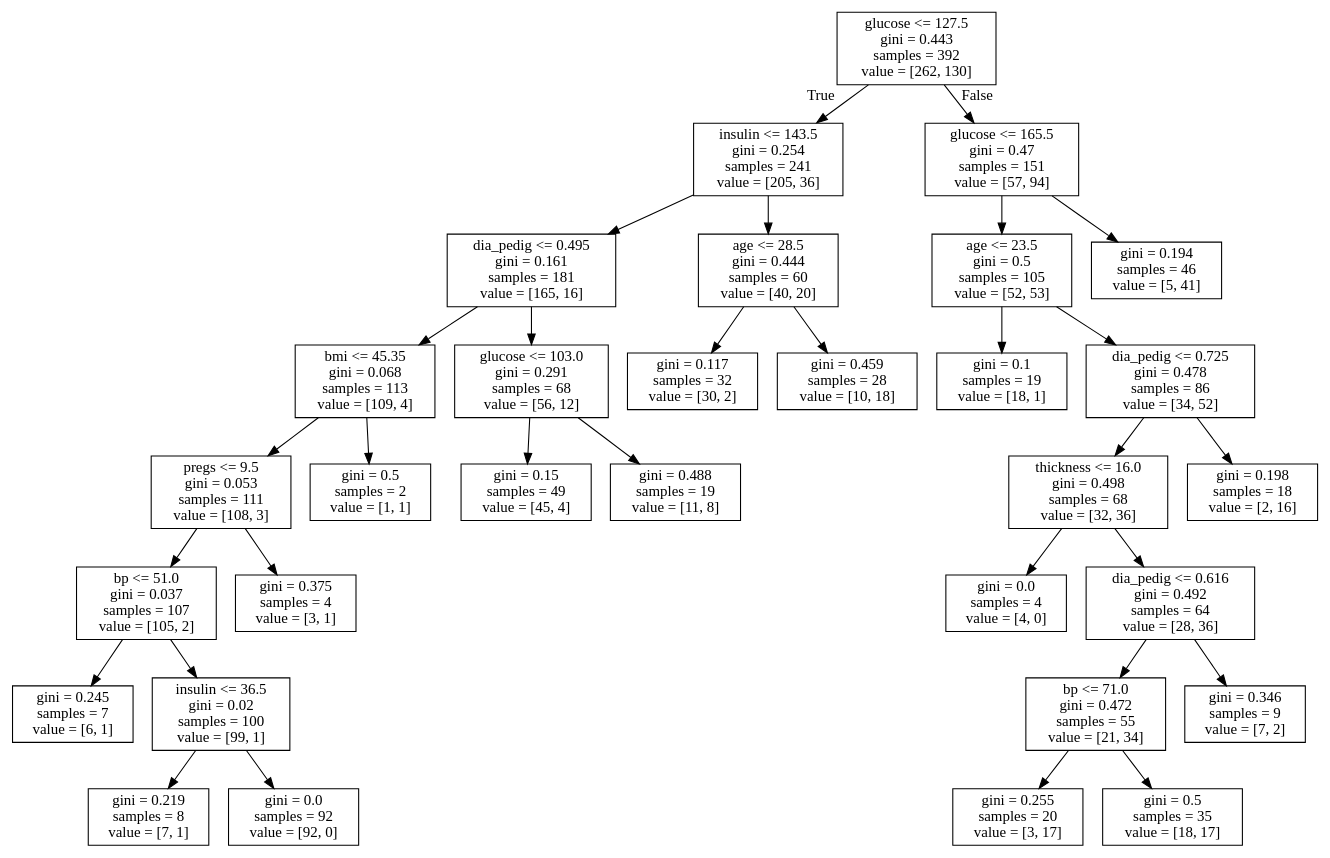
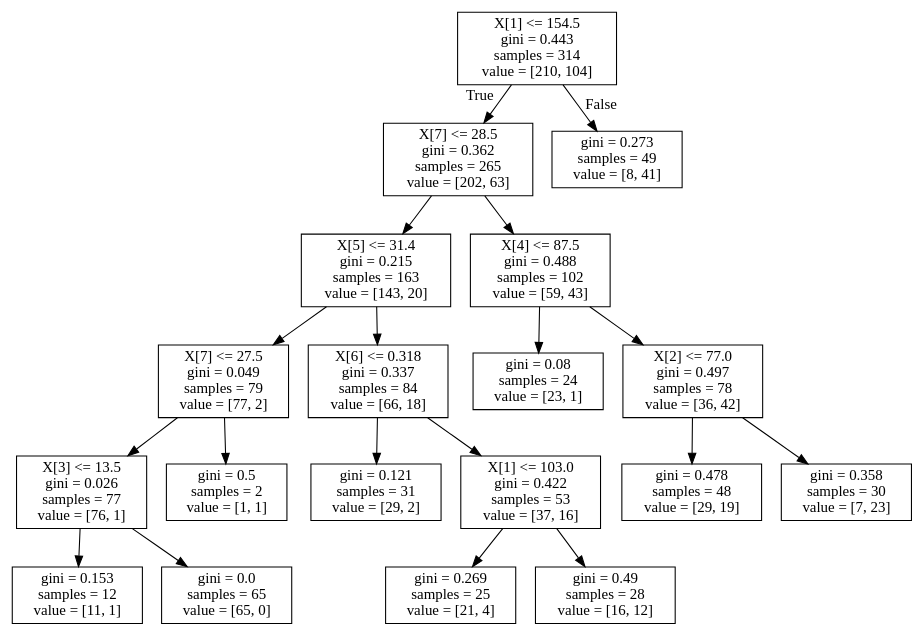
The diagram in tree_gini_fat_indians.dot (Intro-til-Machine-Learning-AHM/Projekt2), drawn with Graphviz before and after one commit. The commit also changed 3 other files, not shown here.

```diff
--- a/tree_gini_fat_indians.dot
+++ b/tree_gini_fat_indians.dot
@@ -1,64 +1,40 @@
 digraph Tree {
 node [shape=box] ;
-0 [label="glucose <= 127.5\ngini = 0.443\nsamples = 392\nvalue = [262, 130]"] ;
-1 [label="insulin <= 143.5\ngini = 0.254\nsamples = 241\nvalue = [205, 36]"] ;
+0 [label="X[1] <= 154.5\ngini = 0.443\nsamples = 314\nvalue = [210, 104]"] ;
+1 [label="X[7] <= 28.5\ngini = 0.362\nsamples = 265\nvalue = [202, 63]"] ;
 0 -> 1 [labeldistance=2.5, labelangle=45, headlabel="True"] ;
-2 [label="dia_pedig <= 0.495\ngini = 0.161\nsamples = 181\nvalue = [165, 16]"] ;
+2 [label="X[5] <= 31.4\ngini = 0.215\nsamples = 163\nvalue = [143, 20]"] ;
 1 -> 2 ;
-3 [label="bmi <= 45.35\ngini = 0.068\nsamples = 113\nvalue = [109, 4]"] ;
+3 [label="X[7] <= 27.5\ngini = 0.049\nsamples = 79\nvalue = [77, 2]"] ;
 2 -> 3 ;
-4 [label="pregs <= 9.5\ngini = 0.053\nsamples = 111\nvalue = [108, 3]"] ;
+4 [label="X[3] <= 13.5\ngini = 0.026\nsamples = 77\nvalue = [76, 1]"] ;
 3 -> 4 ;
-5 [label="bp <= 51.0\ngini = 0.037\nsamples = 107\nvalue = [105, 2]"] ;
+5 [label="gini = 0.153\nsamples = 12\nvalue = [11, 1]"] ;
 4 -> 5 ;
-6 [label="gini = 0.245\nsamples = 7\nvalue = [6, 1]"] ;
-5 -> 6 ;
-7 [label="insulin <= 36.5\ngini = 0.02\nsamples = 100\nvalue = [99, 1]"] ;
-5 -> 7 ;
-8 [label="gini = 0.219\nsamples = 8\nvalue = [7, 1]"] ;
-7 -> 8 ;
-9 [label="gini = 0.0\nsamples = 92\nvalue = [92, 0]"] ;
-7 -> 9 ;
-10 [label="gini = 0.375\nsamples = 4\nvalue = [3, 1]"] ;
-4 -> 10 ;
-11 [label="gini = 0.5\nsamples = 2\nvalue = [1, 1]"] ;
-3 -> 11 ;
-12 [label="glucose <= 103.0\ngini = 0.291\nsamples = 68\nvalue = [56, 12]"] ;
-2 -> 12 ;
-13 [label="gini = 0.15\nsamples = 49\nvalue = [45, 4]"] ;
-12 -> 13 ;
-14 [label="gini = 0.488\nsamples = 19\nvalue = [11, 8]"] ;
-12 -> 14 ;
-15 [label="age <= 28.5\ngini = 0.444\nsamples = 60\nvalue = [40, 20]"] ;
-1 -> 15 ;
-16 [label="gini = 0.117\nsamples = 32\nvalue = [30, 2]"] ;
+6 [label="gini = 0.0\nsamples = 65\nvalue = [65, 0]"] ;
+4 -> 6 ;
+7 [label="gini = 0.5\nsamples = 2\nvalue = [1, 1]"] ;
+3 -> 7 ;
+8 [label="X[6] <= 0.318\ngini = 0.337\nsamples = 84\nvalue = [66, 18]"] ;
+2 -> 8 ;
+9 [label="gini = 0.121\nsamples = 31\nvalue = [29, 2]"] ;
+8 -> 9 ;
+10 [label="X[1] <= 103.0\ngini = 0.422\nsamples = 53\nvalue = [37, 16]"] ;
+8 -> 10 ;
+11 [label="gini = 0.269\nsamples = 25\nvalue = [21, 4]"] ;
+10 -> 11 ;
+12 [label="gini = 0.49\nsamples = 28\nvalue = [16, 12]"] ;
+10 -> 12 ;
+13 [label="X[4] <= 87.5\ngini = 0.488\nsamples = 102\nvalue = [59, 43]"] ;
+1 -> 13 ;
+14 [label="gini = 0.08\nsamples = 24\nvalue = [23, 1]"] ;
+13 -> 14 ;
+15 [label="X[2] <= 77.0\ngini = 0.497\nsamples = 78\nvalue = [36, 42]"] ;
+13 -> 15 ;
+16 [label="gini = 0.478\nsamples = 48\nvalue = [29, 19]"] ;
 15 -> 16 ;
-17 [label="gini = 0.459\nsamples = 28\nvalue = [10, 18]"] ;
+17 [label="gini = 0.358\nsamples = 30\nvalue = [7, 23]"] ;
 15 -> 17 ;
-18 [label="glucose <= 165.5\ngini = 0.47\nsamples = 151\nvalue = [57, 94]"] ;
+18 [label="gini = 0.273\nsamples = 49\nvalue = [8, 41]"] ;
 0 -> 18 [labeldistance=2.5, labelangle=-45, headlabel="False"] ;
-19 [label="age <= 23.5\ngini = 0.5\nsamples = 105\nvalue = [52, 53]"] ;
-18 -> 19 ;
-20 [label="gini = 0.1\nsamples = 19\nvalue = [18, 1]"] ;
-19 -> 20 ;
-21 [label="dia_pedig <= 0.725\ngini = 0.478\nsamples = 86\nvalue = [34, 52]"] ;
-19 -> 21 ;
-22 [label="thickness <= 16.0\ngini = 0.498\nsamples = 68\nvalue = [32, 36]"] ;
-21 -> 22 ;
-23 [label="gini = 0.0\nsamples = 4\nvalue = [4, 0]"] ;
-22 -> 23 ;
-24 [label="dia_pedig <= 0.616\ngini = 0.492\nsamples = 64\nvalue = [28, 36]"] ;
-22 -> 24 ;
-25 [label="bp <= 71.0\ngini = 0.472\nsamples = 55\nvalue = [21, 34]"] ;
-24 -> 25 ;
-26 [label="gini = 0.255\nsamples = 20\nvalue = [3, 17]"] ;
-25 -> 26 ;
-27 [label="gini = 0.5\nsamples = 35\nvalue = [18, 17]"] ;
-25 -> 27 ;
-28 [label="gini = 0.346\nsamples = 9\nvalue = [7, 2]"] ;
-24 -> 28 ;
-29 [label="gini = 0.198\nsamples = 18\nvalue = [2, 16]"] ;
-21 -> 29 ;
-30 [label="gini = 0.194\nsamples = 46\nvalue = [5, 41]"] ;
-18 -> 30 ;
 }
```
